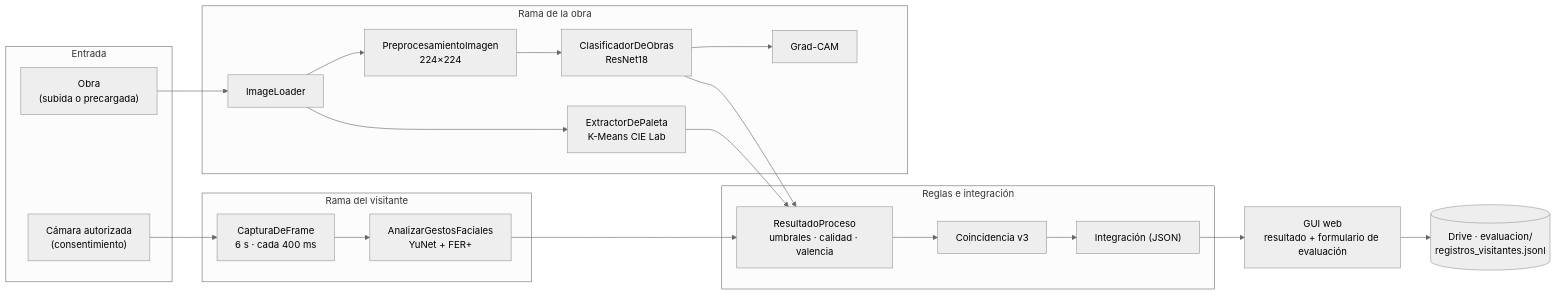
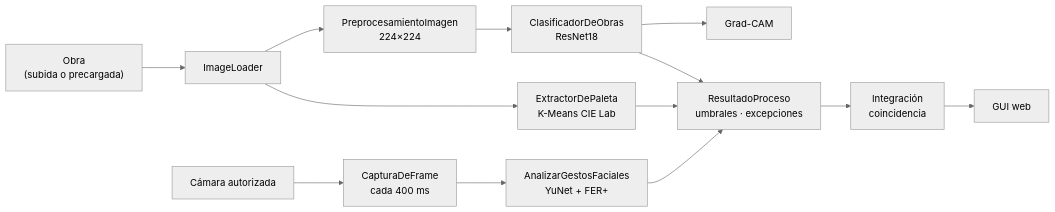
Before and after one commit to Ryuukatsuro25/PDI-Proyecto-final: the diagram in README.md, drawn with Mermaid (neutral theme). The commit also changed other lines of this file and 26 other files, not shown here.

````diff
--- a/README.md
+++ b/README.md
@@ -56,24 +65,11 @@
 ```mermaid
 flowchart LR
-    subgraph ENTRADA["Entrada"]
-        U1["Obra<br/>(subida o precargada)"]
-        U2["Cámara autorizada<br/>(consentimiento)"]
-    end
-    subgraph OBRA["Rama de la obra"]
-        M1["ImageLoader"] --> M2["PreprocesamientoImagen<br/>224×224"] --> M3["ClasificadorDeObras<br/>ResNet18"] --> M4["Grad-CAM"]
-        M1 --> M5["ExtractorDePaleta<br/>K-Means CIE Lab"]
-    end
-    subgraph ROSTRO["Rama del visitante"]
-        F1["CapturaDeFrame<br/>6 s · cada 400 ms"] --> F2["AnalizarGestosFaciales<br/>YuNet + FER+"]
-    end
-    subgraph REGLAS["Reglas e integración"]
-        R1["ResultadoProceso<br/>umbrales · calidad · valencia"] --> R2["Coincidencia v3"] --> R3["Integración (JSON)"]
-    end
-    U1 --> M1
-    U2 --> F1
-    M3 --> R1
+    U1["Obra<br/>(subida o precargada)"] --> M1["ImageLoader"]
+    M1 --> M2["PreprocesamientoImagen<br/>224×224"] --> M3["ClasificadorDeObras<br/>ResNet18"] --> M4["Grad-CAM"]
+    M1 --> M5["ExtractorDePaleta<br/>K-Means CIE Lab"]
+    U2["Cámara autorizada"] --> F1["CapturaDeFrame<br/>cada 400 ms"] --> F2["AnalizarGestosFaciales<br/>YuNet + FER+"]
+    M3 --> R1["ResultadoProceso<br/>umbrales · excepciones"]
     M5 --> R1
     F2 --> R1
-    R3 --> G["GUI web<br/>resultado + formulario de evaluación"]
-    G --> E[("Drive · evaluacion/<br/>registros_visitantes.jsonl")]
+    R1 --> R2["Integración<br/>coincidencia"] --> G["GUI web"]
 ```
````
